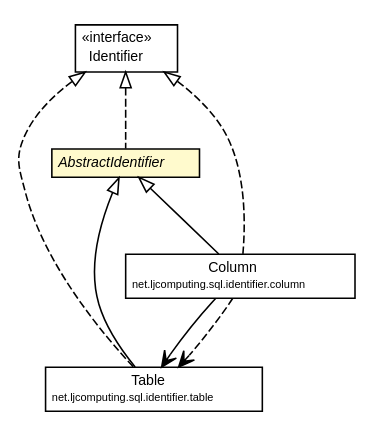
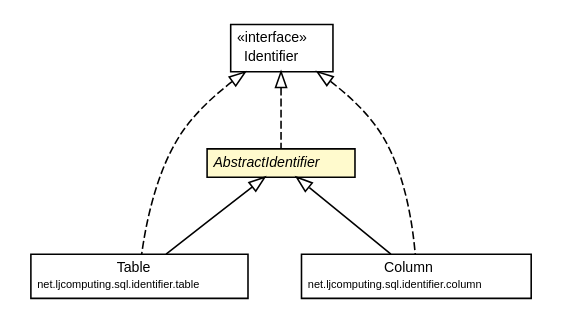
Before and after one commit to willmorejg/net.ljcomputing.sql: the diagram in docs/javadoc/apidocs/net/ljcomputing/sql/identifier/AbstractIdentifier.dot, drawn with Graphviz. The commit also changed 308 other files, not shown here.

```diff
--- a/docs/javadoc/apidocs/net/ljcomputing/sql/identifier/AbstractIdentifier.dot
+++ b/docs/javadoc/apidocs/net/ljcomputing/sql/identifier/AbstractIdentifier.dot
@@ -1,53 +1,49 @@
 #!/usr/local/bin/dot
 #
 # Class diagram 
 # Generated by UMLGraph version R5_6 (http://www.umlgraph.org/)
 #
 
 digraph G {
 	edge [fontname="Helvetica",fontsize=10,labelfontname="Helvetica",labelfontsize=10];
 	node [fontname="Helvetica",fontsize=10,shape=plaintext];
 	nodesep=0.25;
 	ranksep=0.5;
 	// net.ljcomputing.sql.identifier.table.Table
-	c372 [label=<<table title="net.ljcomputing.sql.identifier.table.Table" border="0" cellborder="1" cellspacing="0" cellpadding="2" port="p" href="./table/Table.html">
+	c400 [label=<<table title="net.ljcomputing.sql.identifier.table.Table" border="0" cellborder="1" cellspacing="0" cellpadding="2" port="p" href="./table/Table.html">
 		<tr><td><table border="0" cellspacing="0" cellpadding="1">
 <tr><td align="center" balign="center"> Table </td></tr>
 <tr><td align="center" balign="center"><font point-size="7.0"> net.ljcomputing.sql.identifier.table </font></td></tr>
 		</table></td></tr>
 		</table>>, URL="./table/Table.html", fontname="Helvetica", fontcolor="black", fontsize=9.0];
 	// net.ljcomputing.sql.identifier.AbstractIdentifier
-	c373 [label=<<table title="net.ljcomputing.sql.identifier.AbstractIdentifier" border="0" cellborder="1" cellspacing="0" cellpadding="2" port="p" bgcolor="lemonChiffon" href="./AbstractIdentifier.html">
+	c401 [label=<<table title="net.ljcomputing.sql.identifier.AbstractIdentifier" border="0" cellborder="1" cellspacing="0" cellpadding="2" port="p" bgcolor="lemonChiffon" href="./AbstractIdentifier.html">
 		<tr><td><table border="0" cellspacing="0" cellpadding="1">
 <tr><td align="center" balign="center"><font face="Helvetica-Oblique"> AbstractIdentifier </font></td></tr>
 		</table></td></tr>
 		</table>>, URL="./AbstractIdentifier.html", fontname="Helvetica", fontcolor="black", fontsize=9.0];
 	// net.ljcomputing.sql.identifier.Identifier
-	c374 [label=<<table title="net.ljcomputing.sql.identifier.Identifier" border="0" cellborder="1" cellspacing="0" cellpadding="2" port="p" href="./Identifier.html">
+	c402 [label=<<table title="net.ljcomputing.sql.identifier.Identifier" border="0" cellborder="1" cellspacing="0" cellpadding="2" port="p" href="./Identifier.html">
 		<tr><td><table border="0" cellspacing="0" cellpadding="1">
 <tr><td align="center" balign="center"> &#171;interface&#187; </td></tr>
 <tr><td align="center" balign="center"> Identifier </td></tr>
 		</table></td></tr>
 		</table>>, URL="./Identifier.html", fontname="Helvetica", fontcolor="black", fontsize=9.0];
 	// net.ljcomputing.sql.identifier.column.Column
-	c377 [label=<<table title="net.ljcomputing.sql.identifier.column.Column" border="0" cellborder="1" cellspacing="0" cellpadding="2" port="p" href="./column/Column.html">
+	c403 [label=<<table title="net.ljcomputing.sql.identifier.column.Column" border="0" cellborder="1" cellspacing="0" cellpadding="2" port="p" href="./column/Column.html">
 		<tr><td><table border="0" cellspacing="0" cellpadding="1">
 <tr><td align="center" balign="center"> Column </td></tr>
 <tr><td align="center" balign="center"><font point-size="7.0"> net.ljcomputing.sql.identifier.column </font></td></tr>
 		</table></td></tr>
 		</table>>, URL="./column/Column.html", fontname="Helvetica", fontcolor="black", fontsize=9.0];
 	//net.ljcomputing.sql.identifier.table.Table extends net.ljcomputing.sql.identifier.AbstractIdentifier
-	c373:p -> c372:p [dir=back,arrowtail=empty];
+	c401:p -> c400:p [dir=back,arrowtail=empty];
 	//net.ljcomputing.sql.identifier.table.Table implements net.ljcomputing.sql.identifier.Identifier
-	c374:p -> c372:p [dir=back,arrowtail=empty,style=dashed];
+	c402:p -> c400:p [dir=back,arrowtail=empty,style=dashed];
 	//net.ljcomputing.sql.identifier.AbstractIdentifier implements net.ljcomputing.sql.identifier.Identifier
-	c374:p -> c373:p [dir=back,arrowtail=empty,style=dashed];
+	c402:p -> c401:p [dir=back,arrowtail=empty,style=dashed];
 	//net.ljcomputing.sql.identifier.column.Column extends net.ljcomputing.sql.identifier.AbstractIdentifier
-	c373:p -> c377:p [dir=back,arrowtail=empty];
+	c401:p -> c403:p [dir=back,arrowtail=empty];
 	//net.ljcomputing.sql.identifier.column.Column implements net.ljcomputing.sql.identifier.Identifier
-	c374:p -> c377:p [dir=back,arrowtail=empty,style=dashed];
-	// net.ljcomputing.sql.identifier.column.Column NAVASSOC net.ljcomputing.sql.identifier.table.Table
-	c377:p -> c372:p [taillabel="", label="", headlabel="", fontname="Helvetica", fontcolor="black", fontsize=10.0, color="black", arrowhead=open];
-	// net.ljcomputing.sql.identifier.column.Column DEPEND net.ljcomputing.sql.identifier.table.Table
-	c377:p -> c372:p [taillabel="", label="", headlabel="", fontname="Helvetica", fontcolor="black", fontsize=10.0, color="black", arrowhead=open, style=dashed];
+	c402:p -> c403:p [dir=back,arrowtail=empty,style=dashed];
 }
```
